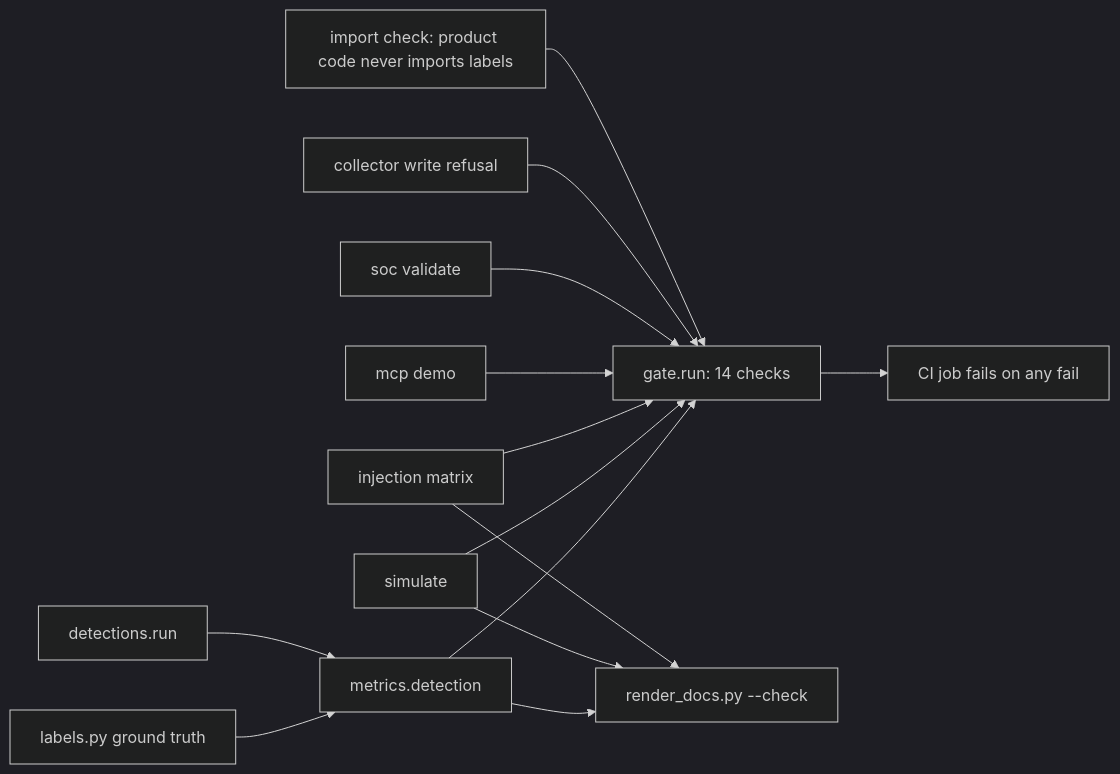
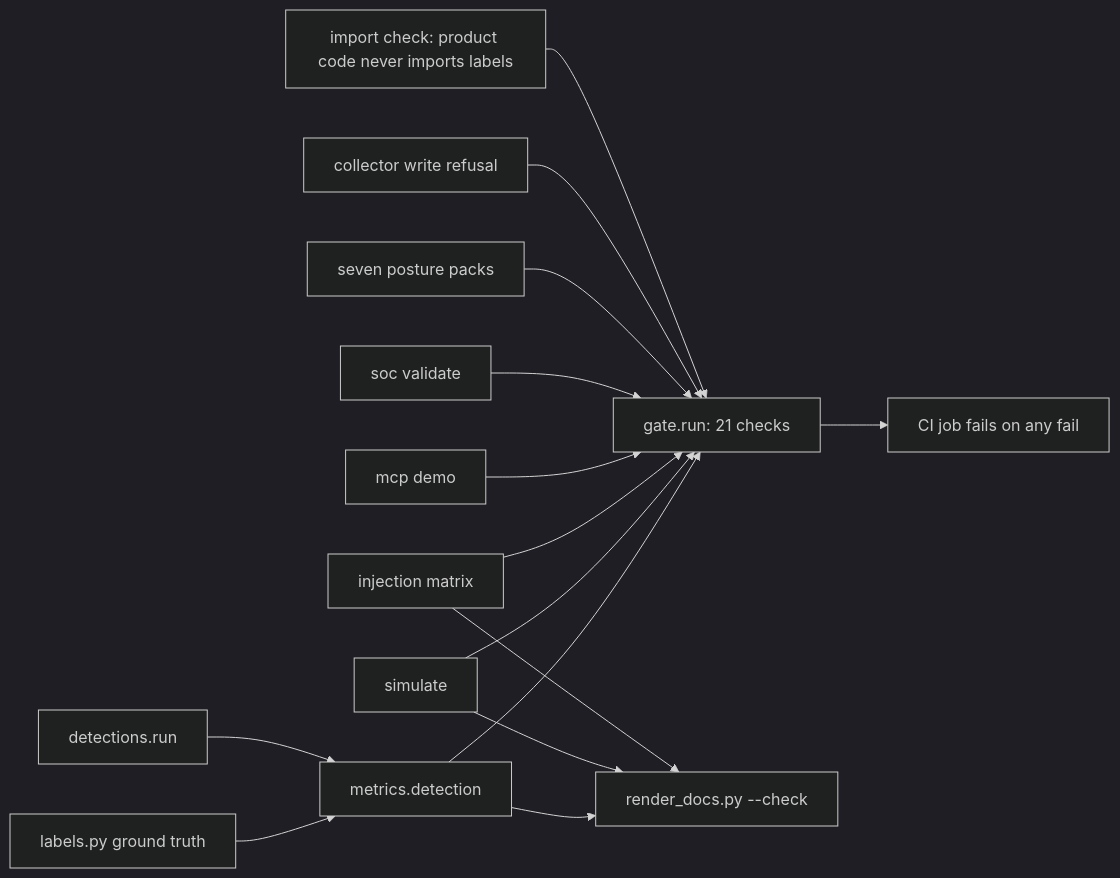
The diagram in docs/components/metrics-gate.md (jagadishmazure-jpg/Jagadish-agent-identity-security), drawn with Mermaid (dark theme) before and after one commit. The commit also changed other lines of this file and 37 other files, not shown here.

First line of the commit message:
Posture packs: drift with approved rollback, report-only impact, session hardening, Exchange and SharePoint checks, extension cookie theft, SOC incident links, AD Tier 0 choke points

````diff
--- a/docs/components/metrics-gate.md
+++ b/docs/components/metrics-gate.md
@@ -16,14 +16,15 @@
 ```mermaid
 flowchart LR
   L[labels.py ground truth] --> M[metrics.detection]
   D[detections.run] --> M
-  M --> G[gate.run: 14 checks]
+  M --> G[gate.run: 21 checks]
   SIM[simulate] --> G
   INJ[injection matrix] --> G
   MCP[mcp demo] --> G
   SOC[soc validate] --> G
+  PK[seven posture packs] --> G
   HTTP[collector write refusal] --> G
   AST[import check: product code never imports labels] --> G
   G --> CI[CI job fails on any fail]
   M & SIM & INJ --> RD[render_docs.py --check]
 ```
````
